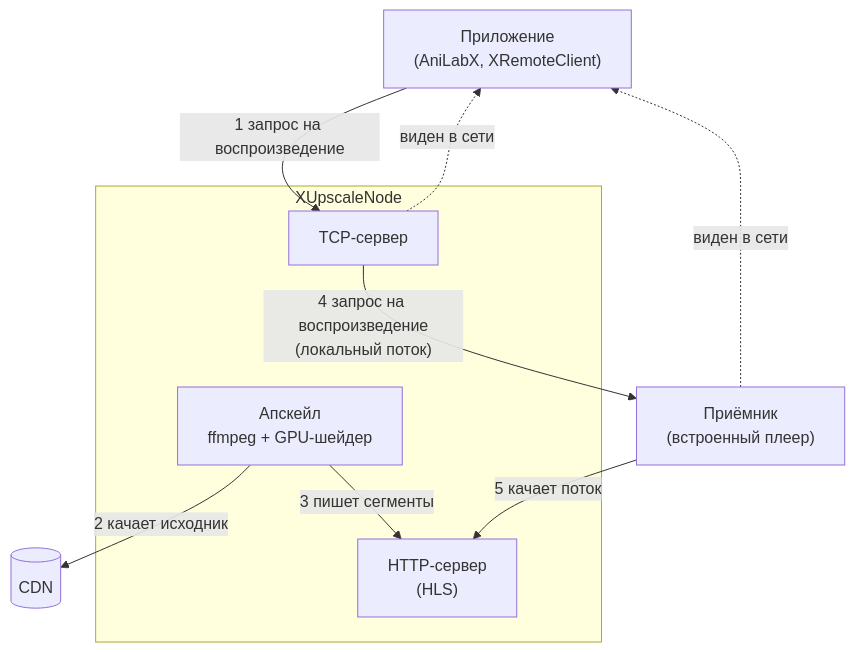
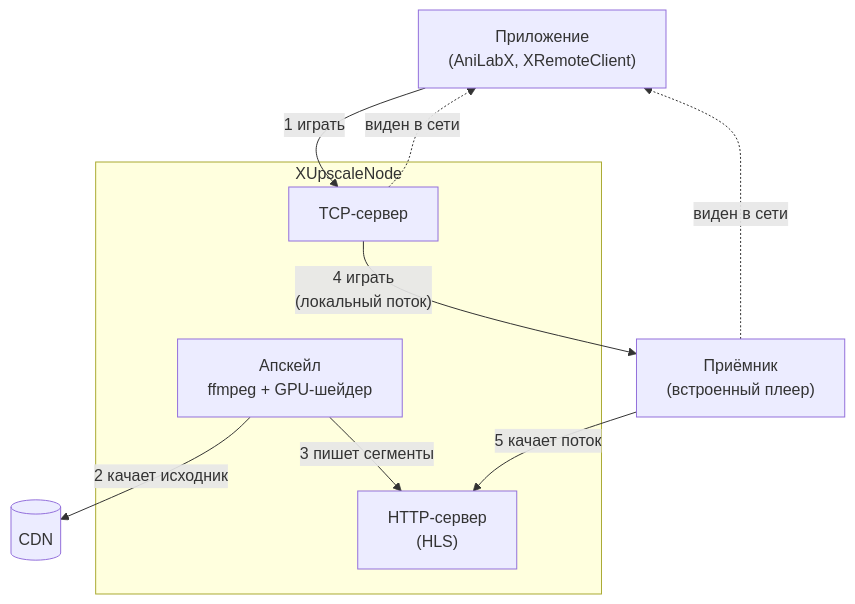
One commit to ItsRainingToday/XUpscaleNode changed the first of 2 diagrams in README.md. Above: the diagram before and after it, drawn with Mermaid.

Commit message:
docs: shorten play-request diagram labels so they fit in the boxes

````diff
--- a/README.md
+++ b/README.md
@@ -33,20 +33,20 @@
 ```mermaid
 flowchart TD
     A["Приложение\n(AniLabX, XRemoteClient)"]
     E["Приёмник\n(встроенный плеер)"]
     F[("CDN")]
 
     subgraph node["XUpscaleNode"]
         B["TCP-сервер"]
         C["Апскейл\nffmpeg + GPU-шейдер"]
         D["HTTP-сервер\n(HLS)"]
     end
 
     B -. "виден в сети" .-> A
     E -. "виден в сети" .-> A
-    A -- "1 запрос на воспроизведение" --> B
+    A -- "1 играть" --> B
     C -- "2 качает исходник" --> F
     C -- "3 пишет сегменты" --> D
-    B -- "4 запрос на воспроизведение\n(локальный поток)" --> E
+    B -- "4 играть\n(локальный поток)" --> E
     E -- "5 качает поток" --> D
 ```
````
